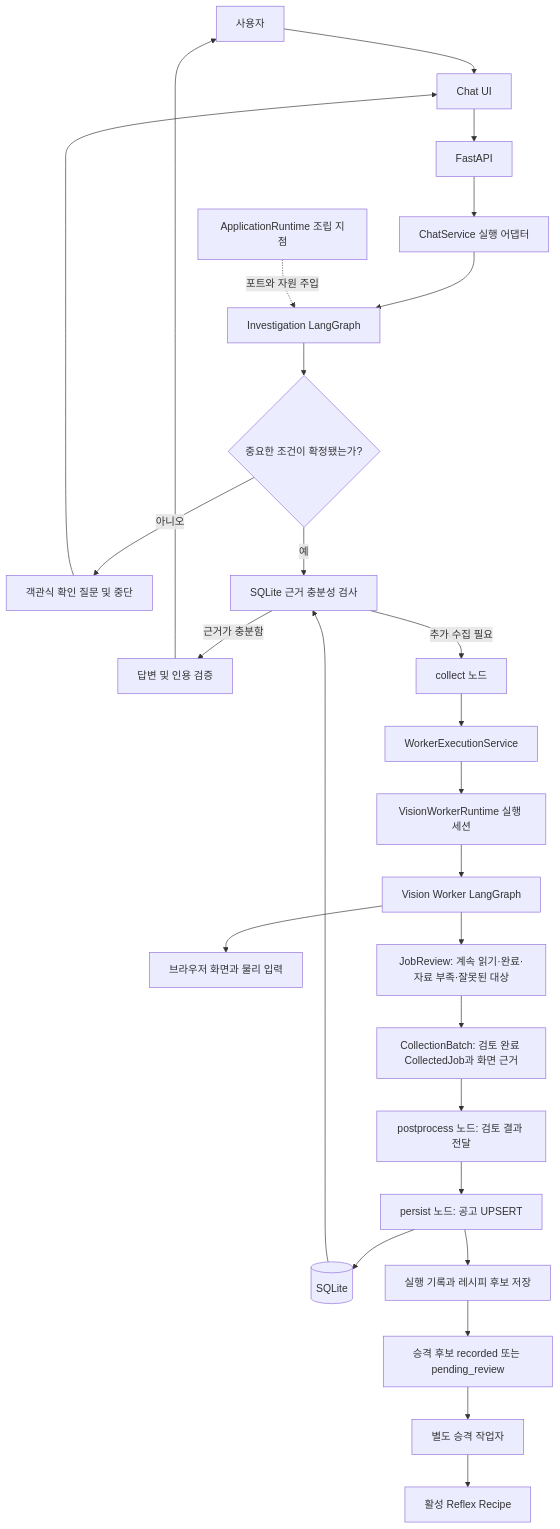
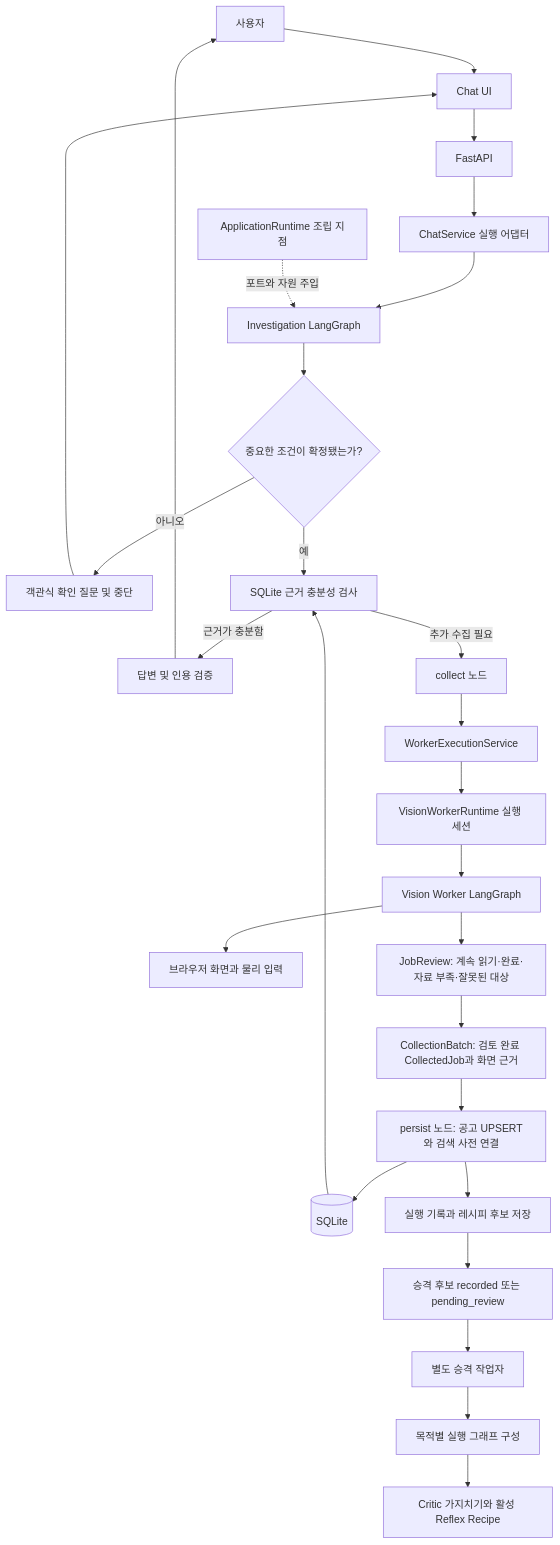
One commit to Dreamtreeme/L2C changed the first of 2 diagrams in ARCHITECTURE.md. Above: the diagram before and after it, drawn with Mermaid. The commit also changed other lines of this file and 98 other files, not shown here.

````diff
--- a/ARCHITECTURE.md
+++ b/ARCHITECTURE.md
@@ -7,29 +7,29 @@
 ```mermaid
 flowchart TD
     U[사용자] --> UI[Chat UI]
     UI --> API[FastAPI]
     API --> CS[ChatService 실행 어댑터]
     CS --> PLAN[Investigation LangGraph]
     RT[ApplicationRuntime 조립 지점] -. 포트와 자원 주입 .-> PLAN
     PLAN --> CLARIFY{중요한 조건이 확정됐는가?}
     CLARIFY -->|아니오| INPUT[객관식 확인 질문 및 중단]
     INPUT --> UI
     CLARIFY -->|예| DBQ[SQLite 근거 충분성 검사]
     DBQ -->|근거가 충분함| ANSWER[답변 및 인용 검증]
     DBQ -->|추가 수집 필요| COLLECTION[collect 노드]
     COLLECTION --> SERVICE[WorkerExecutionService]
     SERVICE --> LOCK[VisionWorkerRuntime 실행 세션]
     LOCK --> WG[Vision Worker LangGraph]
     WG --> WEB[브라우저 화면과 물리 입력]
     WG --> REVIEW[JobReview: 계속 읽기·완료·자료 부족·잘못된 대상]
     REVIEW --> BATCH[CollectionBatch: 검토 완료 CollectedJob과 화면 근거]
-    BATCH --> POSTPROCESS[postprocess 노드: 검토 결과 전달]
-    POSTPROCESS --> STORE[persist 노드: 공고 UPSERT]
+    BATCH --> STORE[persist 노드: 공고 UPSERT와 검색 사전 연결]
     STORE --> DB
     DB[(SQLite)] --> DBQ
     STORE --> EXPERIENCE[실행 기록과 레시피 후보 저장]
     EXPERIENCE --> CANDIDATE[승격 후보 recorded 또는 pending_review]
     CANDIDATE --> PROMOTION[별도 승격 작업자]
-    PROMOTION --> RECIPE[활성 Reflex Recipe]
+    PROMOTION --> EXECUTION_GRAPH[목적별 실행 그래프 구성]
+    EXECUTION_GRAPH --> RECIPE[Critic 가지치기와 활성 Reflex Recipe]
     ANSWER --> U
 ```
````
